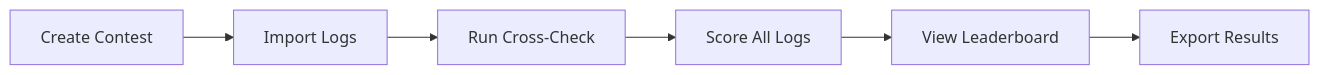
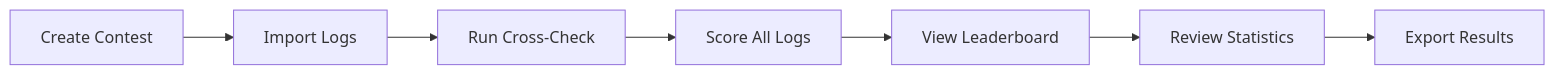
The diagram in docs/index.md (ddimunzio/SA10), drawn with Mermaid before and after one commit. The commit also changed other lines of this file and 57 other files, not shown here.

````diff
--- a/docs/index.md
+++ b/docs/index.md
@@ -64,8 +65,9 @@
 ```mermaid
 graph LR
     A[Create Contest] --> B[Import Logs]
     B --> C[Run Cross-Check]
     C --> D[Score All Logs]
     D --> E[View Leaderboard]
-    E --> F[Export Results]
+    E --> F[Review Statistics]
+    F --> G[Export Results]
 ```
````
